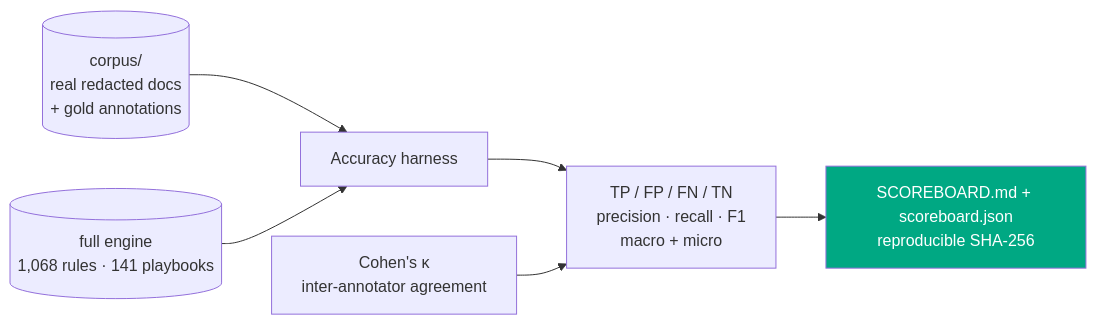
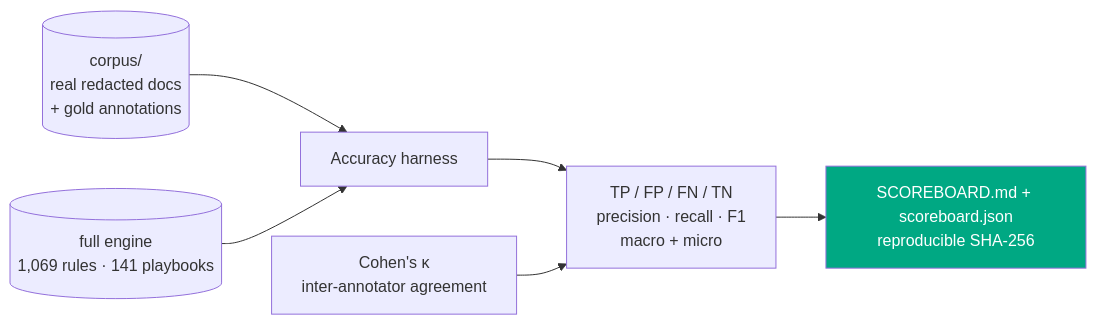
The seventh of 11 diagrams in README.md (clay-good/vaulytica), drawn with Mermaid before and after one commit. The commit also changed other lines of this file and 363 other files, not shown here.

````diff
--- a/README.md
+++ b/README.md
@@ -1204,9 +1204,9 @@
 ```mermaid
 flowchart LR
   C[(corpus/<br/>real redacted docs<br/>+ gold annotations)] --> H[Accuracy harness]
-  R[(full engine<br/>1,068 rules · 141 playbooks)] --> H
+  R[(full engine<br/>1,069 rules · 141 playbooks)] --> H
   H --> M[TP / FP / FN / TN<br/>precision · recall · F1<br/>macro + micro]
   M --> S[SCOREBOARD.md + scoreboard.json<br/>reproducible SHA-256]
   K[Cohen's κ<br/>inter-annotator agreement] --> M
   style S fill:#00A883,color:#fff
 ```
````
